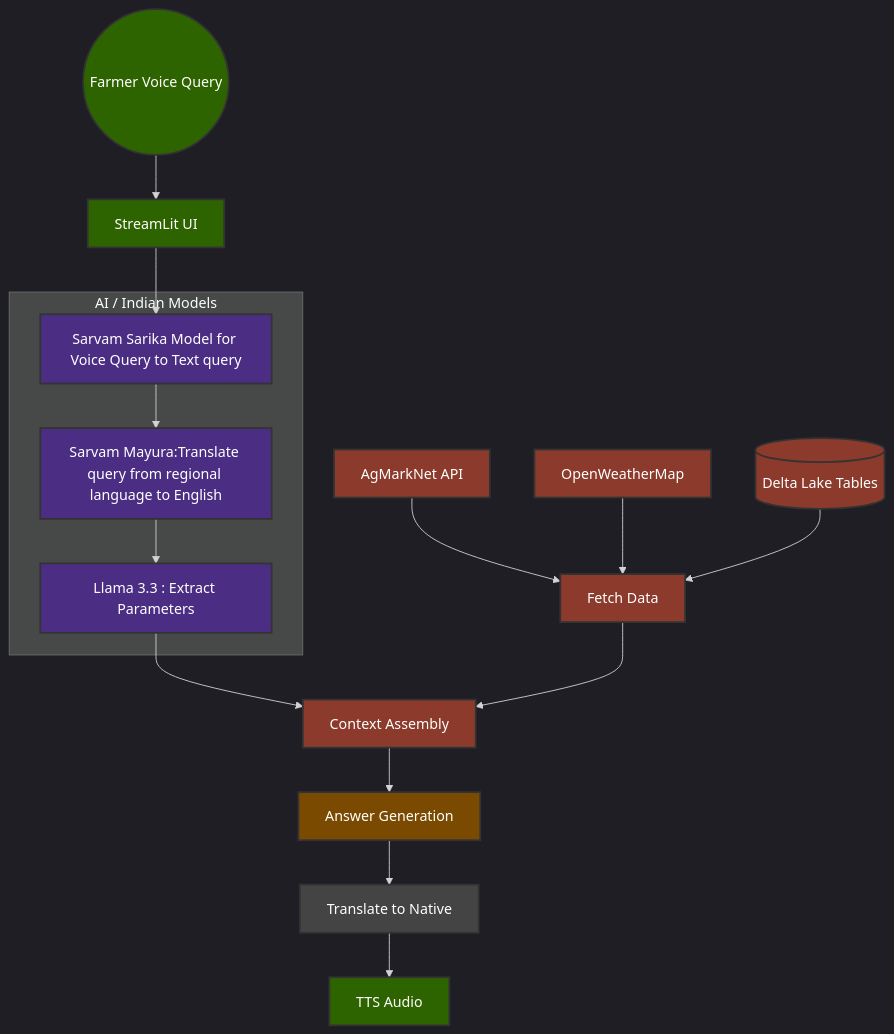
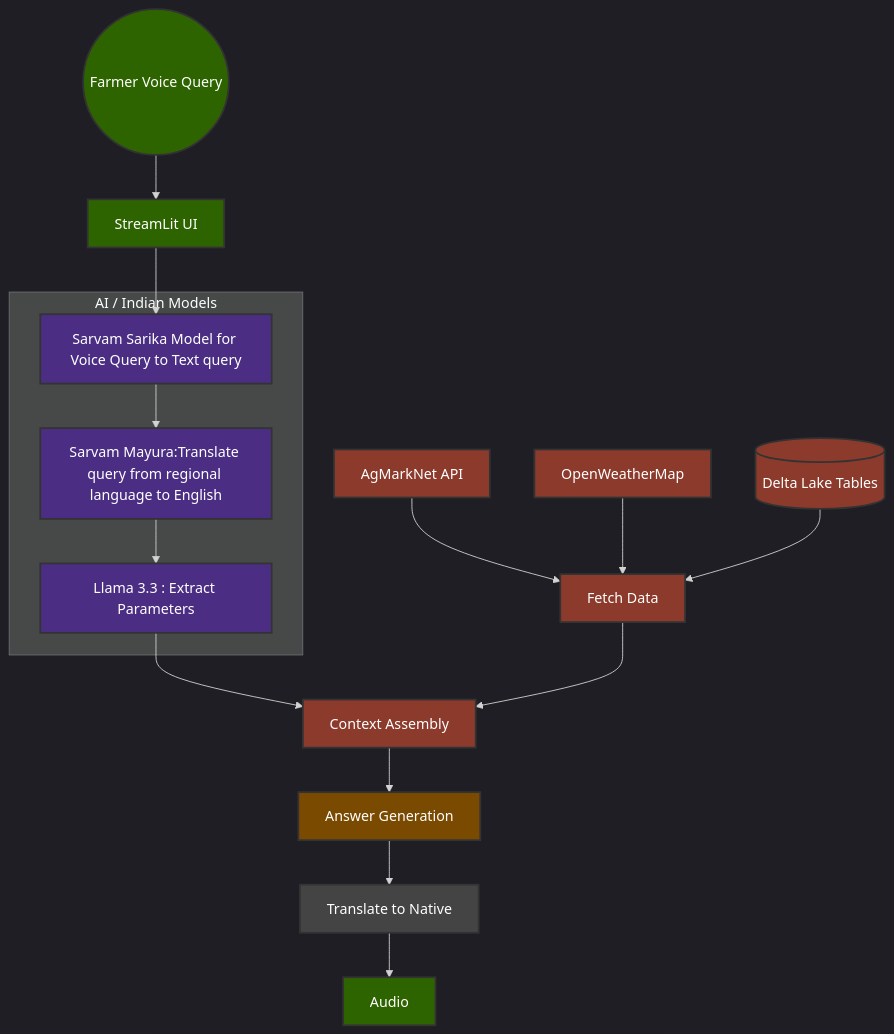
Before and after one commit to amrit-chau-han/kisanvaani: the diagram in README.md, drawn with Mermaid.

````diff
--- a/README.md
+++ b/README.md
@@ -16,39 +16,39 @@
 ```mermaid
 graph TD
     %%{init: {'theme': 'dark', 'flowchart': {'rankSpacing': 50, 'nodeSpacing': 50}}}%%
     %% Define Styles to match your SVG colors
     classDef ai fill:#4b2e83,color:#fff,stroke:#333,stroke-width:2px;
     classDef data fill:#8b3a2b,color:#fff,stroke:#333,stroke-width:2px;
     classDef io fill:#2e6400,color:#fff,stroke:#333,stroke-width:2px;
     classDef gen fill:#7a4a00,color:#fff,stroke:#333,stroke-width:2px;
     classDef util fill:#444,color:#fff,stroke:#333,stroke-width:2px;
 
 
     %% Main Flow
     Farmer((Farmer Voice Query)):::io --> UI[StreamLit UI]:::io
     UI --> STT[Sarvam Sarika Model for Voice Query to Text query]:::ai
     STT --> Param[Sarvam Mayura:Translate query from regional language to English]:::ai
     Param --> TransEN[Llama 3.3 : Extract Parameters]:::ai
 
     %% Data Layer
     AgMark[AgMarkNet API]:::data --> Fetch[Fetch Data]:::data
     Weather[OpenWeatherMap]:::data --> Fetch
     Tables[(Delta Lake Tables)]:::data --> Fetch
     
     TransEN --> Context[Context Assembly]:::data
     Fetch --> Context
     
     Context --> Gen[Answer Generation]:::gen
     Gen --> TransNative[Translate to Native]:::util
     
     
-    TransNative --> TTS[TTS Audio]:::io
+    TransNative --> TTS[ Audio]:::io
     
     
     %% Assigning groups
     subgraph AI_Layer [AI / Indian Models]
         STT
         Param
         TransEN
     end
 ```
````
